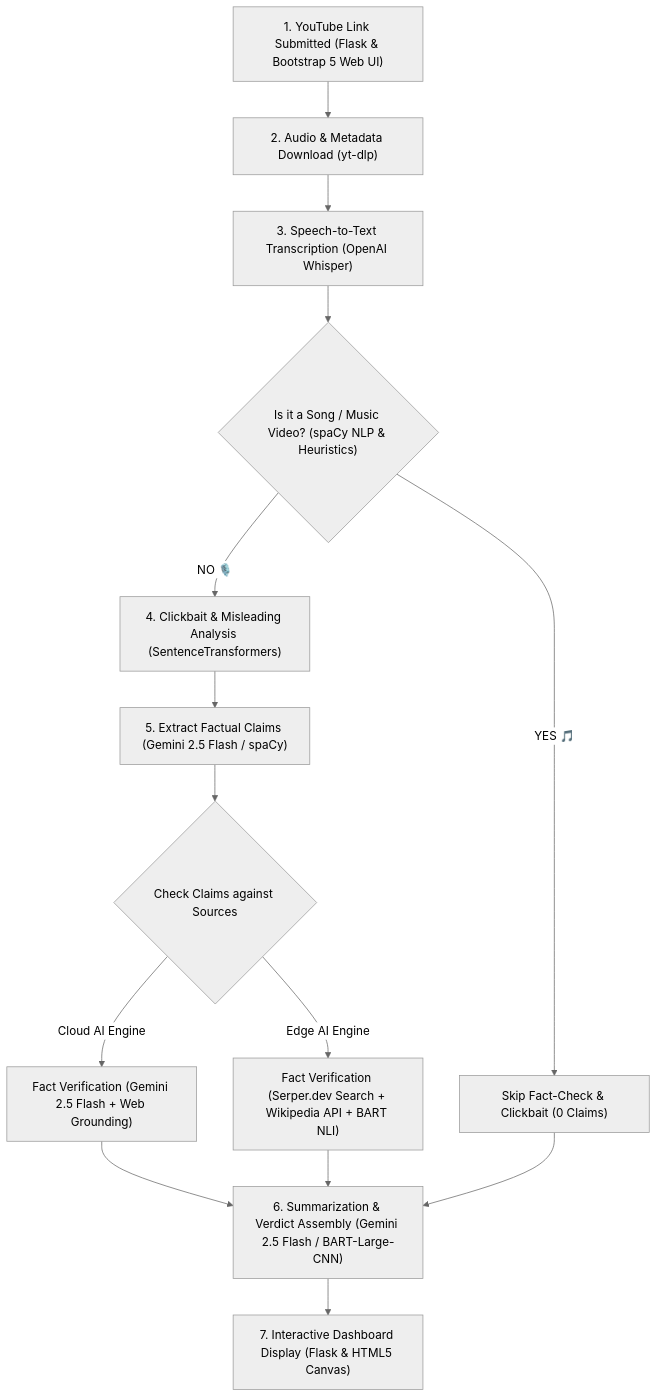
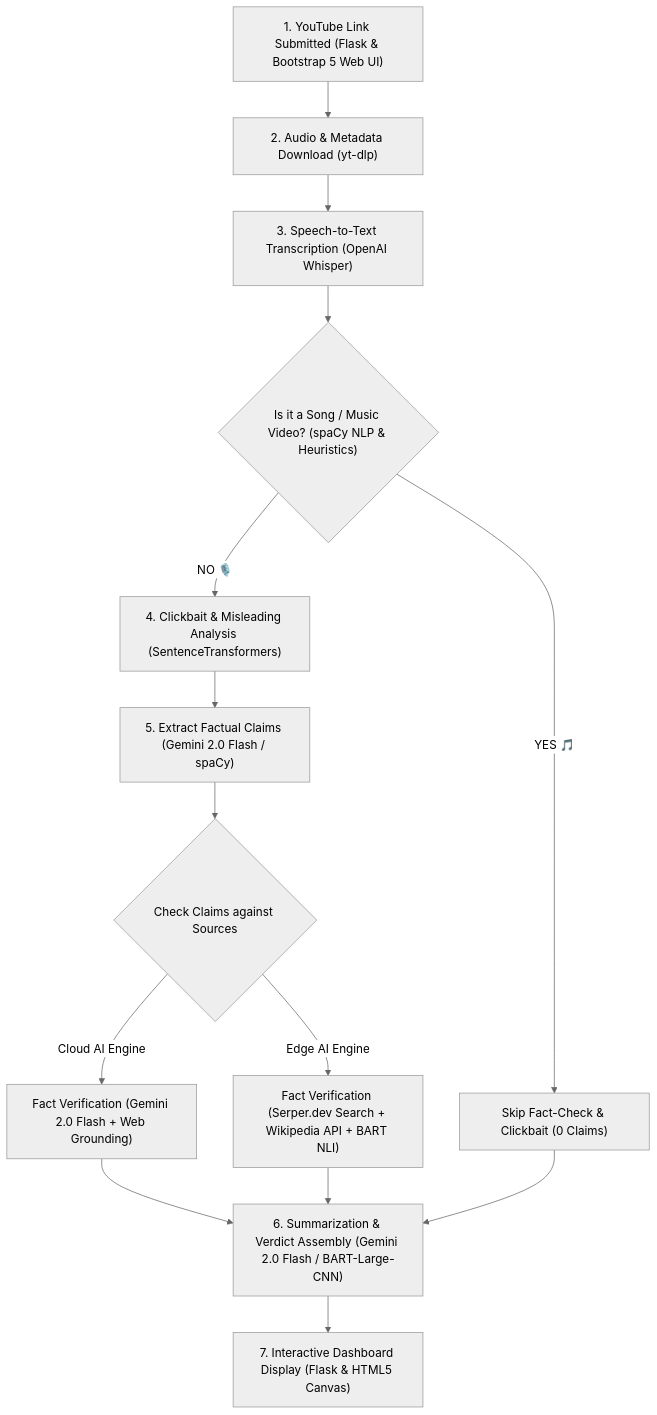
Before and after one commit to notwarrior04/veritube_youtube_checker: the diagram in README.md, drawn with Mermaid (neutral theme). The commit also changed other lines of this file and 2 other files, not shown here.

Commit message:
fix: Switch Gemini model to gemini-2.0-flash to resolve 404 error

````diff
--- a/README.md
+++ b/README.md
@@ -21,21 +21,21 @@
 ```mermaid
 flowchart TD
     A["1. YouTube Link Submitted (Flask & Bootstrap 5 Web UI)"] --> B["2. Audio & Metadata Download (yt-dlp)"]
     B --> C["3. Speech-to-Text Transcription (OpenAI Whisper)"]
     C --> D{"Is it a Song / Music Video? (spaCy NLP & Heuristics)"}
     
     D -- "YES 🎵" --> E["Skip Fact-Check & Clickbait (0 Claims)"]
     D -- "NO 🎙️" --> F["4. Clickbait & Misleading Analysis (SentenceTransformers)"]
     
-    F --> G["5. Extract Factual Claims (Gemini 2.5 Flash / spaCy)"]
+    F --> G["5. Extract Factual Claims (Gemini 2.0 Flash / spaCy)"]
     G --> H{"Check Claims against Sources"}
     
-    H -- "Cloud AI Engine" --> I["Fact Verification (Gemini 2.5 Flash + Web Grounding)"]
+    H -- "Cloud AI Engine" --> I["Fact Verification (Gemini 2.0 Flash + Web Grounding)"]
     H -- "Edge AI Engine" --> J["Fact Verification (Serper.dev Search + Wikipedia API + BART NLI)"]
     
-    I --> K["6. Summarization & Verdict Assembly (Gemini 2.5 Flash / BART-Large-CNN)"]
+    I --> K["6. Summarization & Verdict Assembly (Gemini 2.0 Flash / BART-Large-CNN)"]
     J --> K
     E --> K
     
     K --> L["7. Interactive Dashboard Display (Flask & HTML5 Canvas)"]
 ```
````
